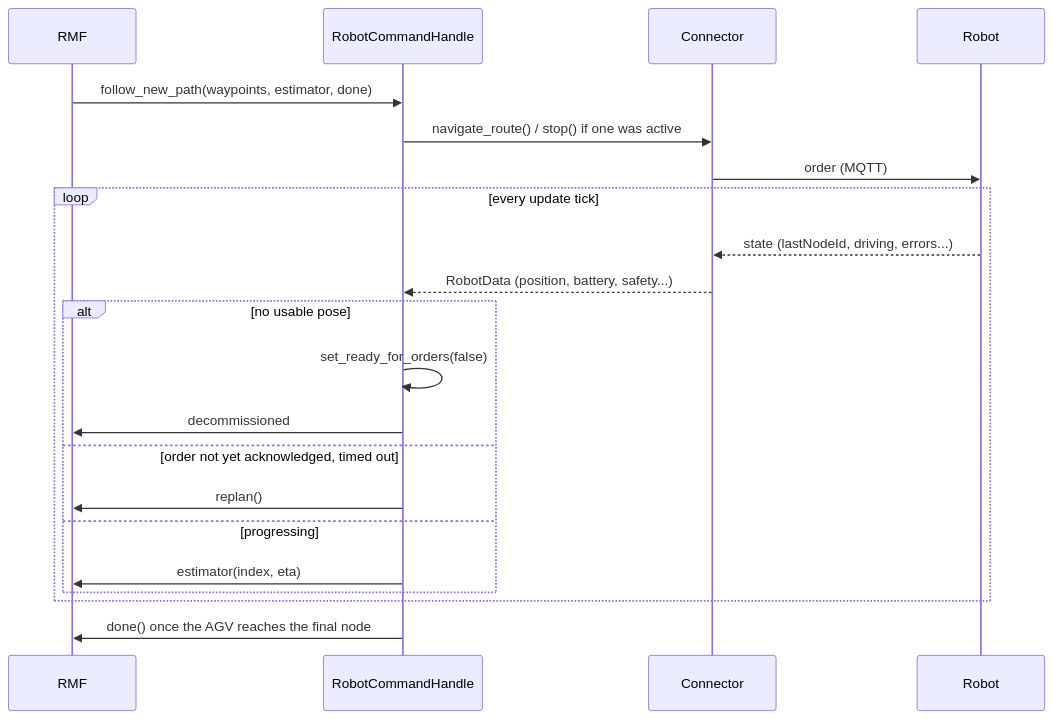
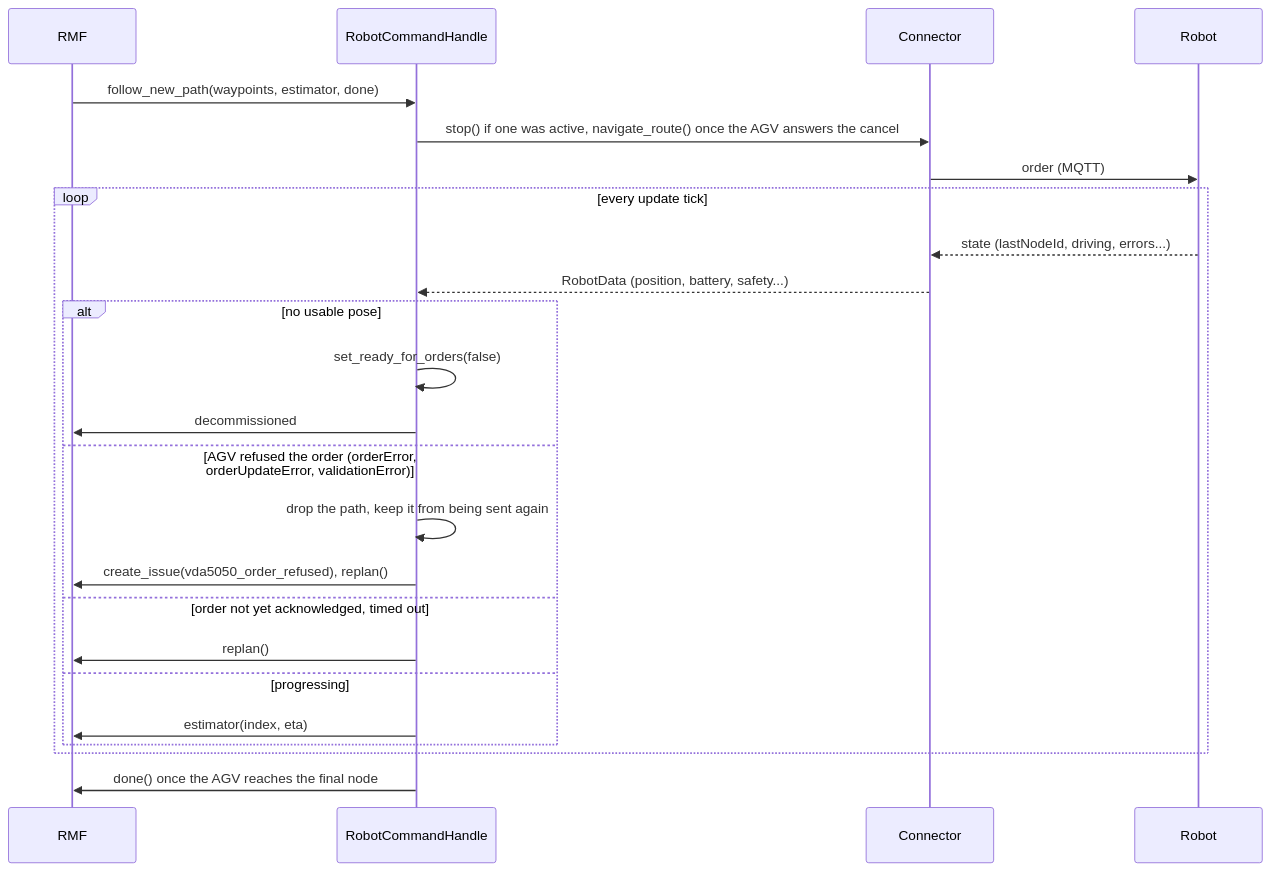
Before and after one commit to NhatTran-97/eiu-vda5050-support-open-rmf: the third of 13 diagrams in vda5050_fleet_adapter_full_control/docs/architecture.md, drawn with Mermaid. The commit also changed other lines of this file and 62 other files, not shown here.

Commit message:
vda5050_fleet_adapter_full_control: P0/P1 review fixes, AGV error issues, docs rewrite

````diff
--- a/vda5050_fleet_adapter_full_control/docs/architecture.md
+++ b/vda5050_fleet_adapter_full_control/docs/architecture.md
@@ -97,24 +170,27 @@
 ```mermaid
 sequenceDiagram
     participant RMF
     participant RCH as RobotCommandHandle
     participant CN as Connector
     participant Robot
 
     RMF->>RCH: follow_new_path(waypoints, estimator, done)
-    RCH->>CN: navigate_route() / stop() if one was active
+    RCH->>CN: stop() if one was active, navigate_route() once the AGV answers the cancel
     CN->>Robot: order (MQTT)
     loop every update tick
         Robot-->>CN: state (lastNodeId, driving, errors...)
         CN-->>RCH: RobotData (position, battery, safety...)
         alt no usable pose
             RCH->>RCH: set_ready_for_orders(false)
             RCH->>RMF: decommissioned
+        else AGV refused the order (orderError, orderUpdateError, validationError)
+            RCH->>RCH: drop the path, keep it from being sent again
+            RCH->>RMF: create_issue(vda5050_order_refused), replan()
         else order not yet acknowledged, timed out
             RCH->>RMF: replan()
         else progressing
             RCH->>RMF: estimator(index, eta)
         end
     end
     RCH->>RMF: done() once the AGV reaches the final node
 ```
````
